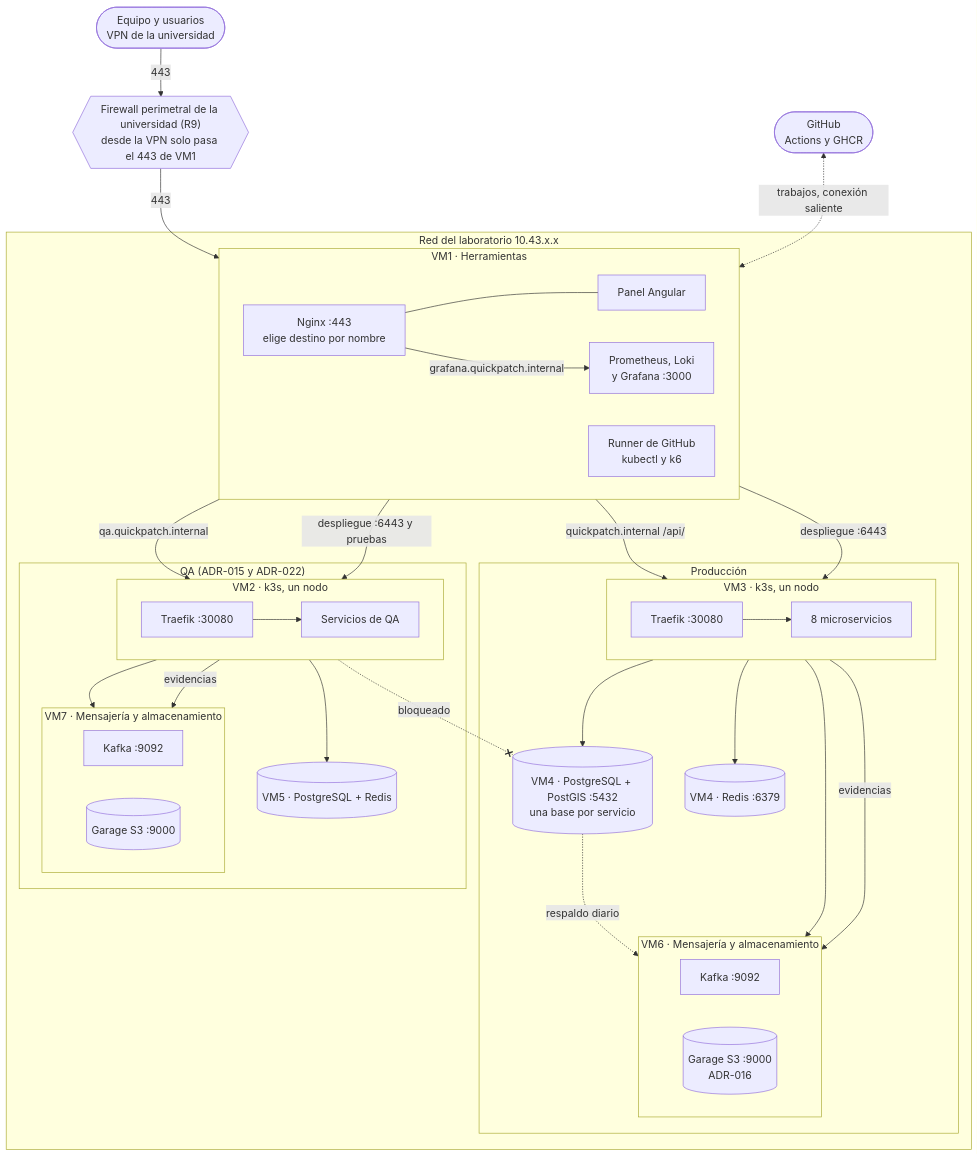
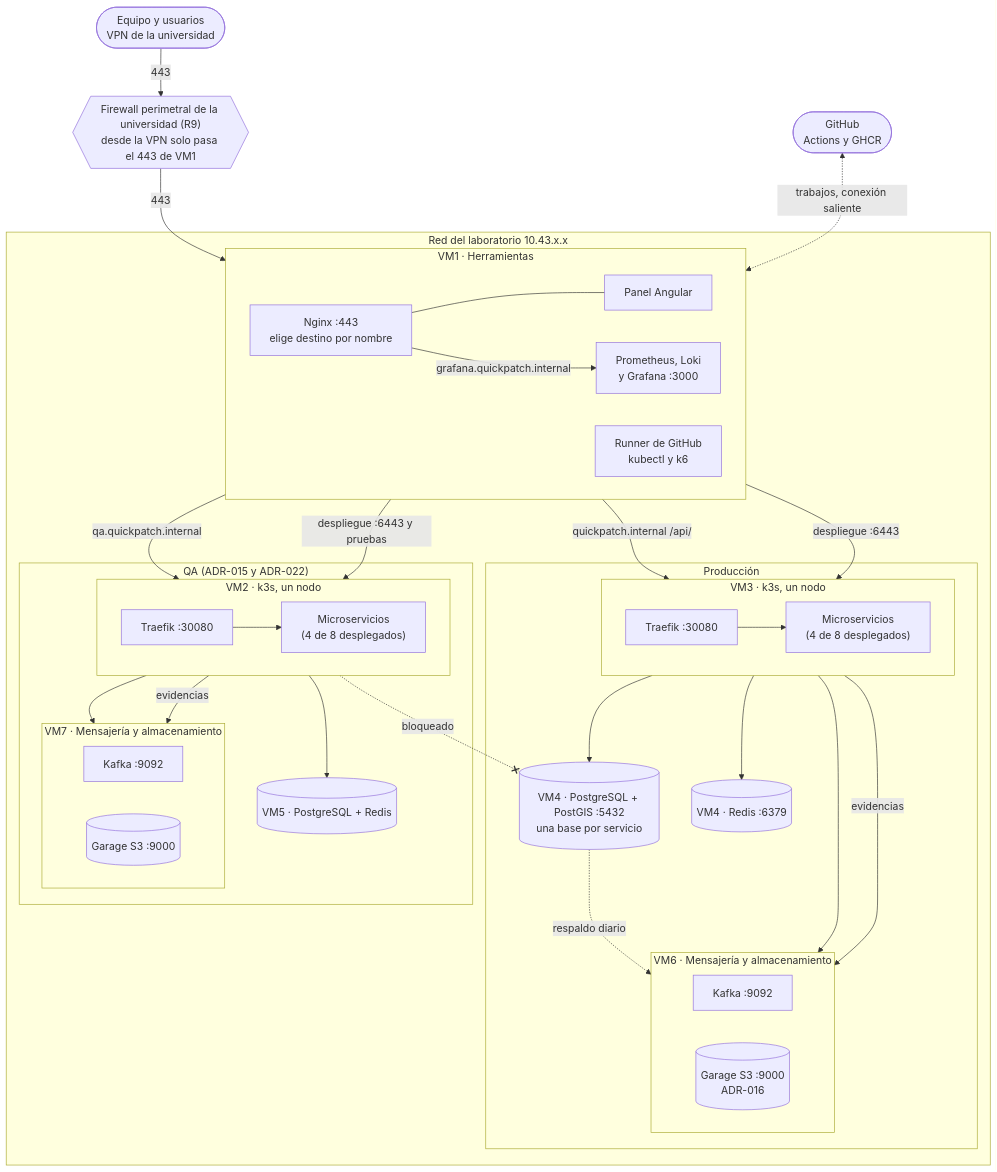
One commit to ARQUI-202630/quickpatch changed the first of 5 diagrams in docs/infrastructure/INFRASTRUCTURE.md. Above: the diagram before and after it, drawn with Mermaid. The commit also changed other lines of this file, not shown here.

First line of the commit message:
docs(infraestructura): Documento de Infraestructura V3 con los servicios desplegados (SCRUM-420)

````diff
--- a/docs/infrastructure/INFRASTRUCTURE.md
+++ b/docs/infrastructure/INFRASTRUCTURE.md
@@ -51,59 +51,59 @@
 ```mermaid
 flowchart TB
     EQ(["Equipo y usuarios<br/>VPN de la universidad"])
     PERIM{{"Firewall perimetral de la universidad (R9)<br/>desde la VPN solo pasa el 443 de VM1"}}
     GH(["GitHub<br/>Actions y GHCR"])
 
     subgraph LAB["Red del laboratorio 10.43.x.x"]
         subgraph VM1["VM1 · Herramientas"]
             direction LR
             NGX["Nginx :443<br/>elige destino por nombre"]
             PANEL["Panel Angular"]
             RUN["Runner de GitHub<br/>kubectl y k6"]
             OBS["Prometheus, Loki<br/>y Grafana :3000"]
         end
         subgraph PROD["Producción"]
             subgraph VM3["VM3 · k3s, un nodo"]
                 direction LR
-                TRF["Traefik :30080"] --> MS["8 microservicios"]
+                TRF["Traefik :30080"] --> MS["Microservicios<br/>(4 de 8 desplegados)"]
             end
             PG[("VM4 · PostgreSQL + PostGIS :5432<br/>una base por servicio")]
             RD[("VM4 · Redis :6379")]
             subgraph VM6["VM6 · Mensajería y almacenamiento"]
                 direction LR
                 KF["Kafka :9092"]
                 GAR[("Garage S3 :9000<br/>ADR-016")]
             end
         end
         subgraph QAENV["QA (ADR-015 y ADR-022)"]
             subgraph VM2["VM2 · k3s, un nodo"]
                 direction LR
-                TRFQ["Traefik :30080"] --> MSQ["Servicios de QA"]
+                TRFQ["Traefik :30080"] --> MSQ["Microservicios<br/>(4 de 8 desplegados)"]
             end
             PGQ[("VM5 · PostgreSQL + Redis")]
             subgraph VM7["VM7 · Mensajería y almacenamiento"]
                 direction LR
                 KFQ["Kafka :9092"]
                 GARQ[("Garage S3 :9000")]
             end
         end
     end
 
     EQ -->|"443"| PERIM -->|"443"| NGX
     NGX --- PANEL
     NGX -->|"quickpatch.internal /api/"| TRF
     NGX -->|"qa.quickpatch.internal"| TRFQ
     NGX -->|"grafana.quickpatch.internal"| OBS
     MS --> PG
     MS --> RD
     MS --> KF
     MS -->|"evidencias"| GAR
     PG -.->|"respaldo diario"| GAR
     MSQ --> PGQ
     MSQ --> KFQ
     MSQ -->|"evidencias"| GARQ
     RUN -->|"despliegue :6443"| TRF
     RUN -->|"despliegue :6443 y pruebas"| TRFQ
     GH <-.->|"trabajos, conexión saliente"| RUN
     MSQ -. "bloqueado" .-x PG
 ```
````
